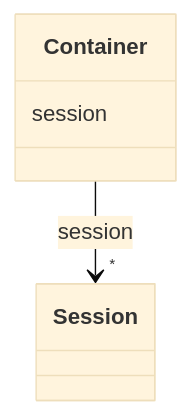
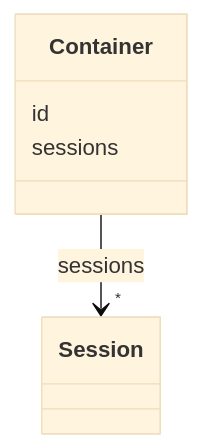
The diagram in tutorial/output/docs/Container.md (swiss/political-affairs-ech-group), drawn with Mermaid (base theme) before and after one commit. The commit also changed other lines of this file and 15 other files, not shown here.

````diff
--- a/tutorial/output/docs/Container.md
+++ b/tutorial/output/docs/Container.md
@@ -14,15 +14,17 @@
 ```mermaid
  classDiagram
     class Container
     click Container href "../Container"
-      Container : session
+      Container : id
+        
+      Container : sessions
         
           
     
     
-    Container --> "*" Session : session
+    Container --> "*" Session : sessions
     click Session href "../Session"
 
         
       
 ```
````
